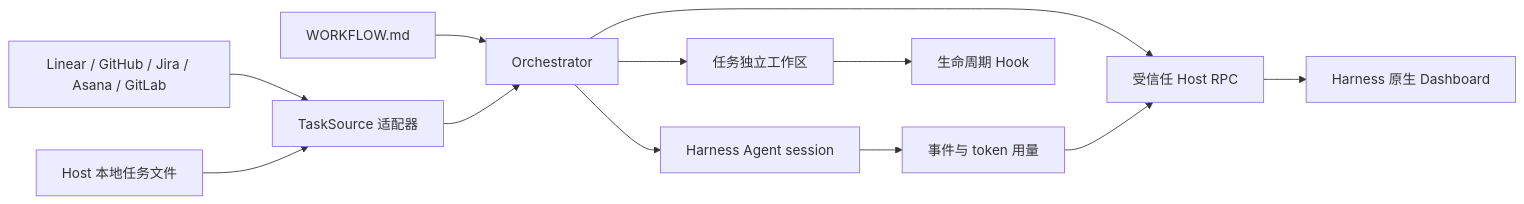
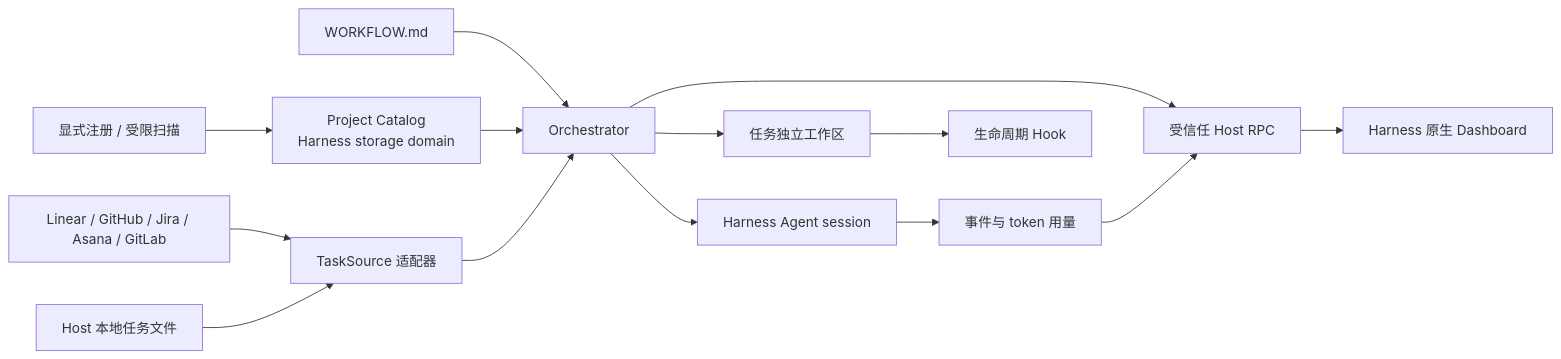
One commit to Uddoo/dsh-dashboard changed the diagram in README.zh-CN.md. Above: the diagram before and after it, drawn with Mermaid. The commit also changed other lines of this file and 45 other files, not shown here.

Commit message:
Release v0.3.0 project catalog and providers

````diff
--- a/README.zh-CN.md
+++ b/README.zh-CN.md
@@ -38,14 +40,16 @@
 ```mermaid
 flowchart LR
     P["Linear / GitHub / Jira / Asana / GitLab"] --> S["TaskSource 适配器"]
     L["Host 本地任务文件"] --> S
     W["WORKFLOW.md"] --> O["Orchestrator"]
+    C["Project Catalog\nHarness storage domain"] --> O
+    X["显式注册 / 受限扫描"] --> C
     S --> O
     O --> M["任务独立工作区"]
     O --> A["Harness Agent session"]
     A --> R["事件与 token 用量"]
     M --> H["生命周期 Hook"]
     O --> D["受信任 Host RPC"]
     R --> D
     D --> U["Harness 原生 Dashboard"]
 ```
````
